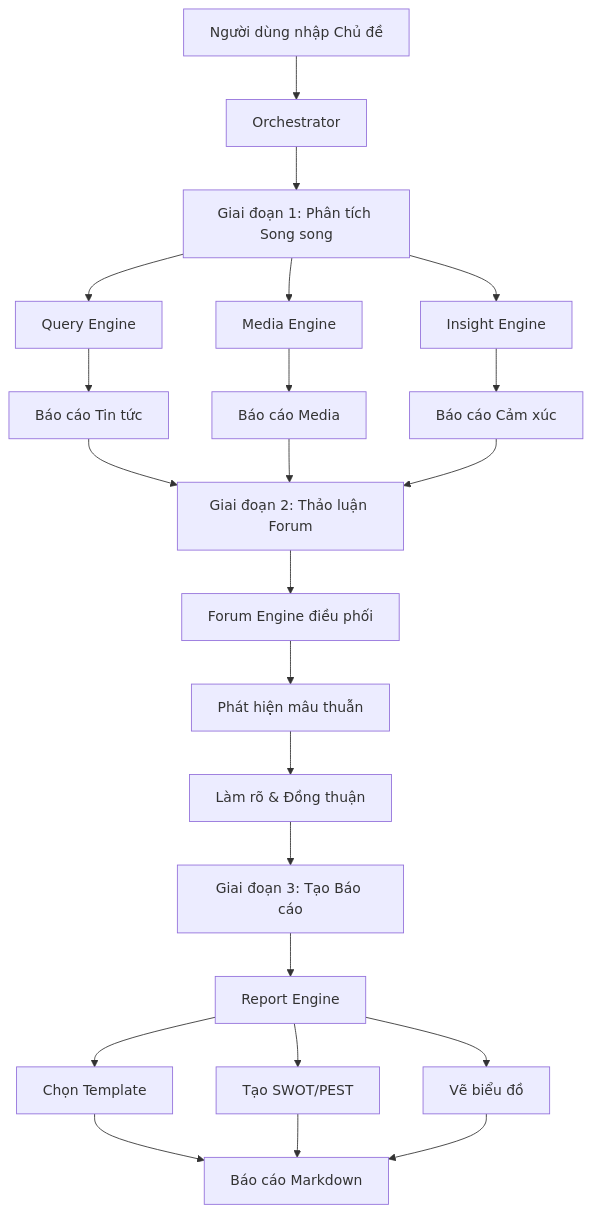
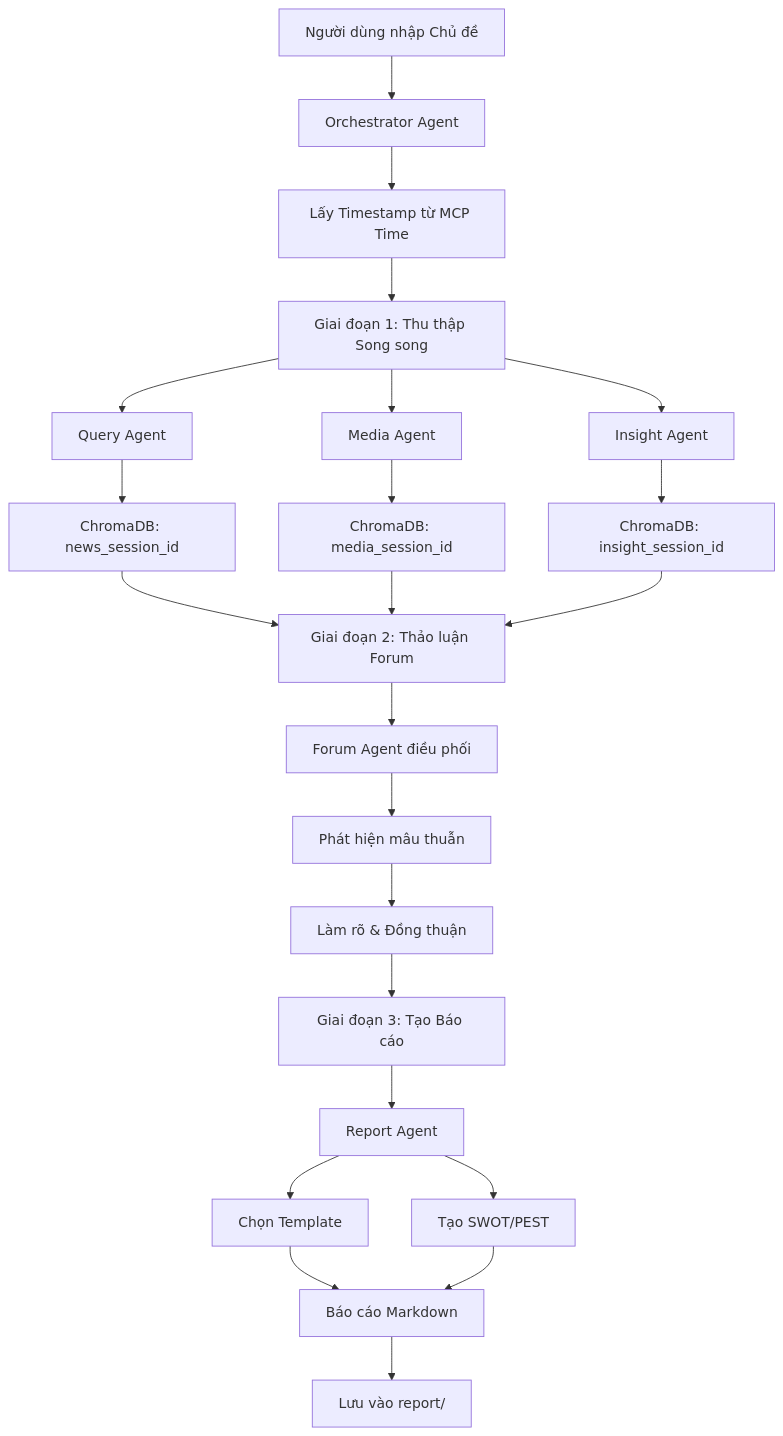
The diagram in README.md (maithanhduyan/noline), drawn with Mermaid before and after one commit. The commit also changed other lines of this file, not shown here.

````diff
--- a/README.md
+++ b/README.md
@@ -78,31 +156,31 @@
 ```mermaid
 graph TD
-    A[Người dùng nhập Chủ đề] --> B[Orchestrator]
+    A[Người dùng nhập Chủ đề] --> B[Orchestrator Agent]
 
-    B --> C[Giai đoạn 1: Phân tích Song song]
-    C --> D[Query Engine]
-    C --> E[Media Engine]
-    C --> F[Insight Engine]
+    B --> T[Lấy Timestamp từ MCP Time]
+    T --> C[Giai đoạn 1: Thu thập Song song]
+    C --> D[Query Agent]
+    C --> E[Media Agent]
+    C --> F[Insight Agent]
 
-    D --> G[Báo cáo Tin tức]
-    E --> H[Báo cáo Media]
-    F --> I[Báo cáo Cảm xúc]
+    D --> G[ChromaDB: news_session_id]
+    E --> H[ChromaDB: media_session_id]
+    F --> I[ChromaDB: insight_session_id]
 
     G --> J[Giai đoạn 2: Thảo luận Forum]
     H --> J
     I --> J
 
-    J --> K[Forum Engine điều phối]
+    J --> K[Forum Agent điều phối]
     K --> L[Phát hiện mâu thuẫn]
     L --> M[Làm rõ & Đồng thuận]
 
     M --> N[Giai đoạn 3: Tạo Báo cáo]
-    N --> O[Report Engine]
+    N --> O[Report Agent]
     O --> P[Chọn Template]
     O --> Q[Tạo SWOT/PEST]
-    O --> R[Vẽ biểu đồ]
 
     P --> S[Báo cáo Markdown]
     Q --> S
-    R --> S
+    S --> R[Lưu vào report/]
 ```
````
